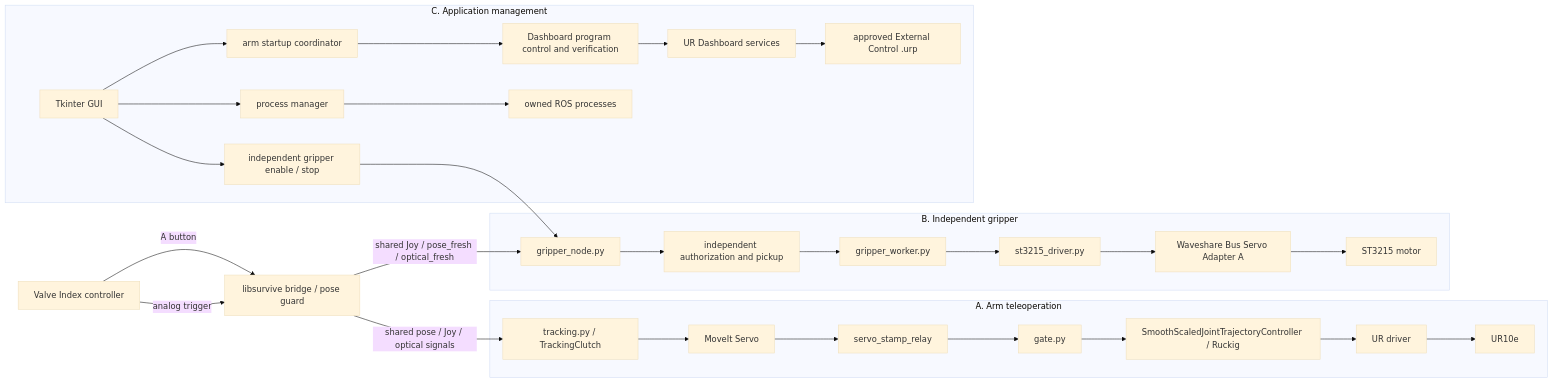
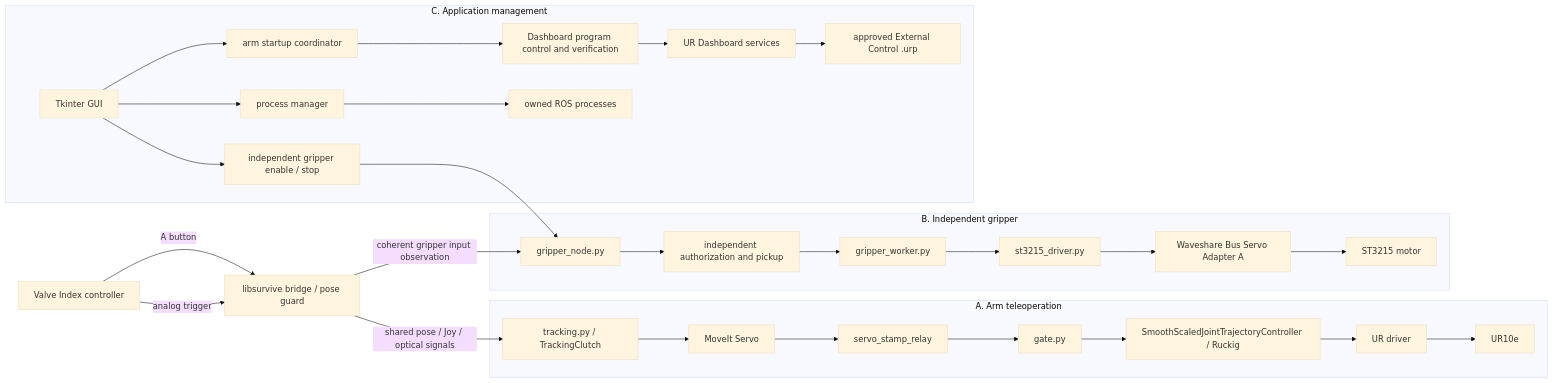
Before and after one commit to stefanoKS/UR_TeleOP_Index: the first of 2 diagrams in docs/ARCHITECTURE.md, drawn with Mermaid (base theme). The commit also changed other lines of this file and 24 other files, not shown here.

````diff
--- a/docs/ARCHITECTURE.md
+++ b/docs/ARCHITECTURE.md
@@ -7,45 +7,45 @@
 ```mermaid
 flowchart LR
     Index[Valve Index controller]
     Survive[libsurvive bridge / pose guard]
 
     subgraph Arm["A. Arm teleoperation"]
         A1[tracking.py / TrackingClutch]
         A2[MoveIt Servo]
         A3[servo_stamp_relay]
         A4[gate.py]
         A5[SmoothScaledJointTrajectoryController / Ruckig]
         A6[UR driver]
         A7[UR10e]
     end
 
     subgraph Grip["B. Independent gripper"]
         G1[gripper_node.py]
         G2[independent authorization and pickup]
         G3[gripper_worker.py]
         G4[st3215_driver.py]
         G5[Waveshare Bus Servo Adapter A]
         G6[ST3215 motor]
     end
 
     subgraph App["C. Application management"]
         GUI[Tkinter GUI]
         Start[arm startup coordinator]
         Prog[Dashboard program control and verification]
         Dash[UR Dashboard services]
         URP[approved External Control .urp]
         Gctl[independent gripper enable / stop]
         PM[process manager]
         Owned[owned ROS processes]
     end
 
     Index -->|A button| Survive
     Index -->|analog trigger| Survive
     Survive -->|shared pose / Joy / optical signals| A1
-    Survive -->|shared Joy / pose_fresh / optical_fresh| G1
+    Survive -->|coherent gripper input observation| G1
     A1 --> A2 --> A3 --> A4 --> A5 --> A6 --> A7
     G1 --> G2 --> G3 --> G4 --> G5 --> G6
     GUI --> Start --> Prog --> Dash --> URP
     GUI --> Gctl --> G1
     GUI --> PM --> Owned
 ```
````
